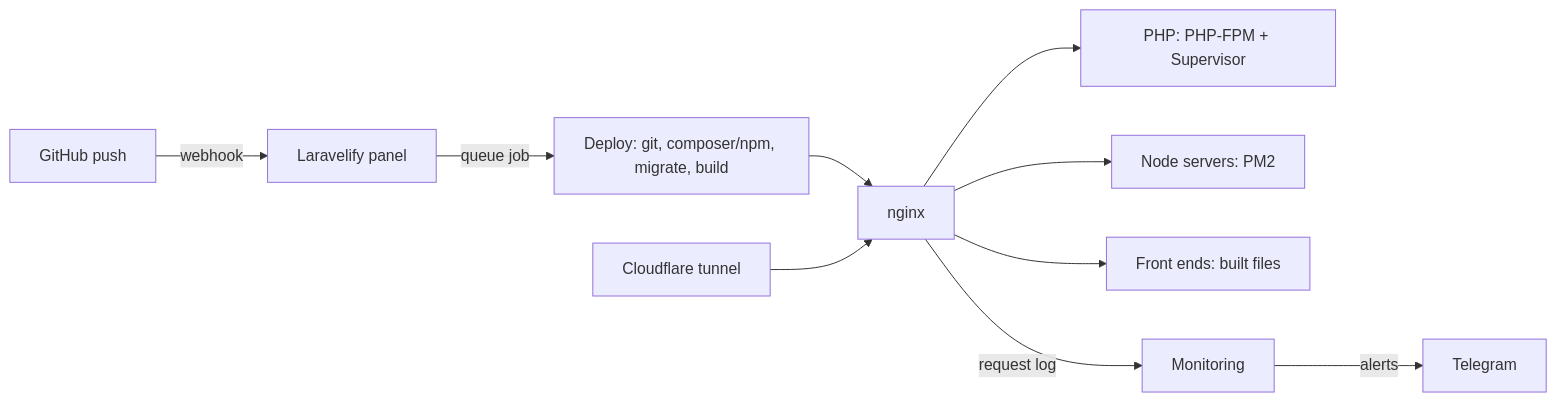
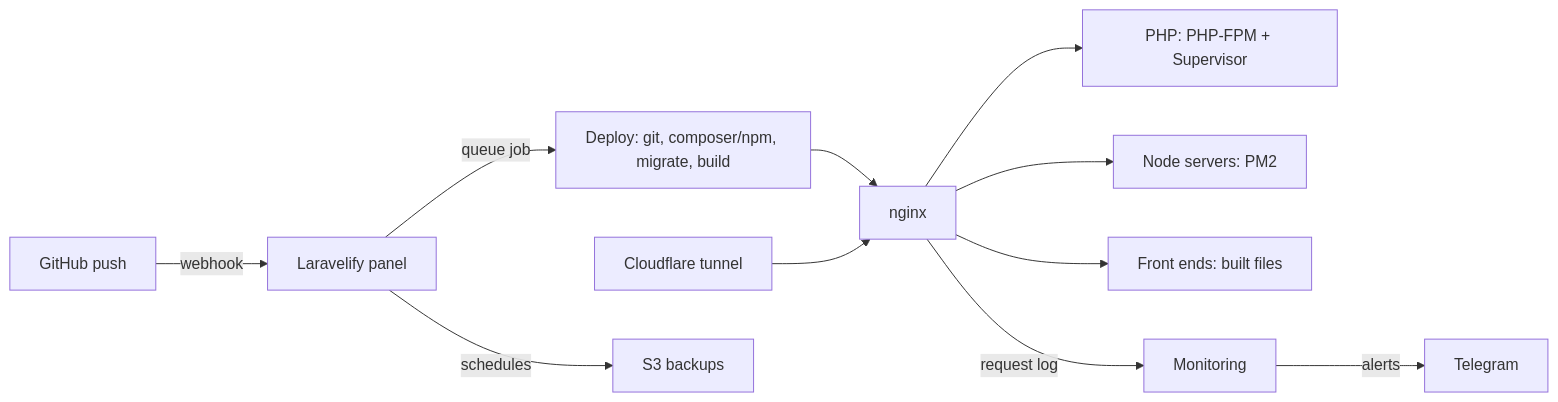
The diagram in introduction.mdx (laravelify-cloud/laravelify-docs), drawn with Mermaid before and after one commit. The commit also changed other lines of this file and 2 other files, not shown here.

````diff
--- a/introduction.mdx
+++ b/introduction.mdx
@@ -47,12 +53,13 @@
 ```mermaid
 flowchart LR
   GH[GitHub push] -->|webhook| P[Laravelify panel]
   P -->|queue job| D[Deploy: git, composer/npm, migrate, build]
   D --> N[nginx]
   N --> L[PHP: PHP-FPM + Supervisor]
   N --> X[Node servers: PM2]
   N --> S[Front ends: built files]
   CF[Cloudflare tunnel] --> N
   N -->|request log| M[Monitoring]
   M -->|alerts| T[Telegram]
+  P -->|schedules| B[S3 backups]
 ```
````
